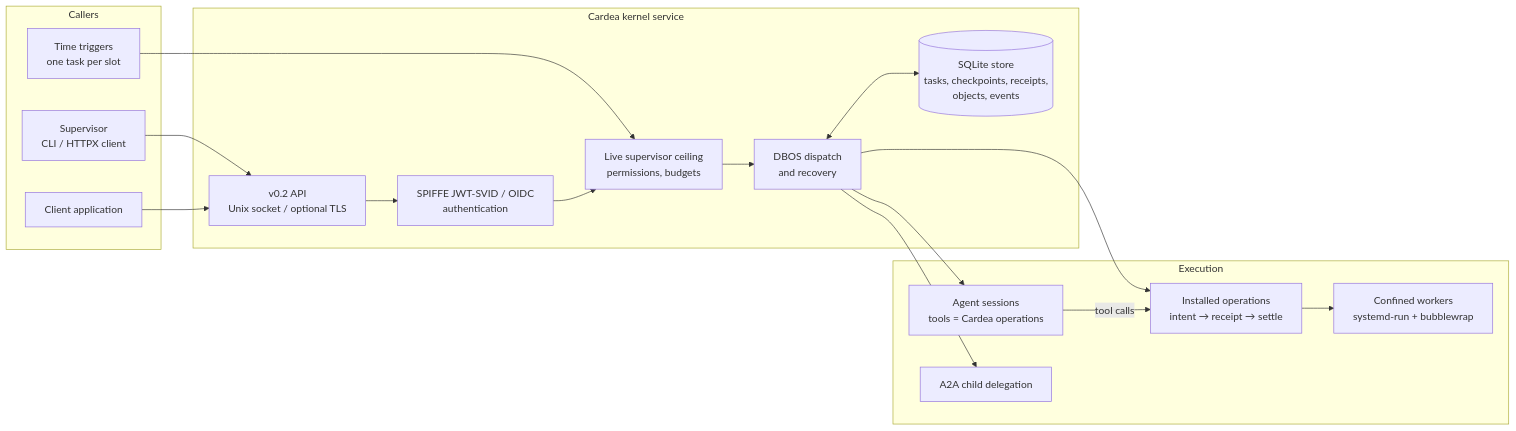
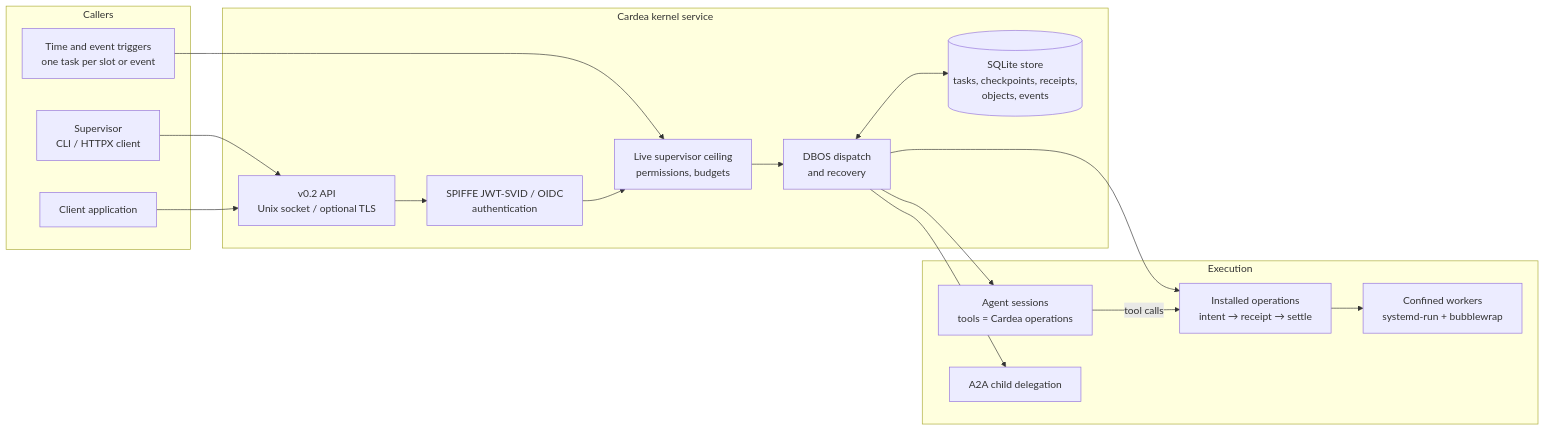
The second of 2 diagrams in README.md (pasinit/cardea), drawn with Mermaid before and after one commit. The commit also changed other lines of this file and 23 other files, not shown here.

First line of the commit message:
feat(triggers): event triggers started by signed CloudEvents (ADR-035)

````diff
--- a/README.md
+++ b/README.md
@@ -100,28 +100,28 @@
 ```mermaid
 flowchart LR
     subgraph callers[Callers]
         sup[Supervisor<br/>CLI / HTTPX client]
         app[Client application]
-        trig[Time triggers<br/>one task per slot]
+        trig[Time and event triggers<br/>one task per slot or event]
     end
     subgraph kernel[Cardea kernel service]
         api[v0.2 API<br/>Unix socket / optional TLS]
         auth[SPIFFE JWT-SVID / OIDC<br/>authentication]
         ceil[Live supervisor ceiling<br/>permissions, budgets]
         dbos[DBOS dispatch<br/>and recovery]
         store[(SQLite store<br/>tasks, checkpoints, receipts,<br/>objects, events)]
     end
     subgraph exec[Execution]
         ops[Installed operations<br/>intent → receipt → settle]
         conf[Confined workers<br/>systemd-run + bubblewrap]
         agent[Agent sessions<br/>tools = Cardea operations]
         a2a[A2A child delegation]
     end
     sup & app --> api
     trig --> ceil
     api --> auth --> ceil --> dbos
     dbos <--> store
     dbos --> ops & agent & a2a
     ops --> conf
     agent -- tool calls --> ops
 ```
````
